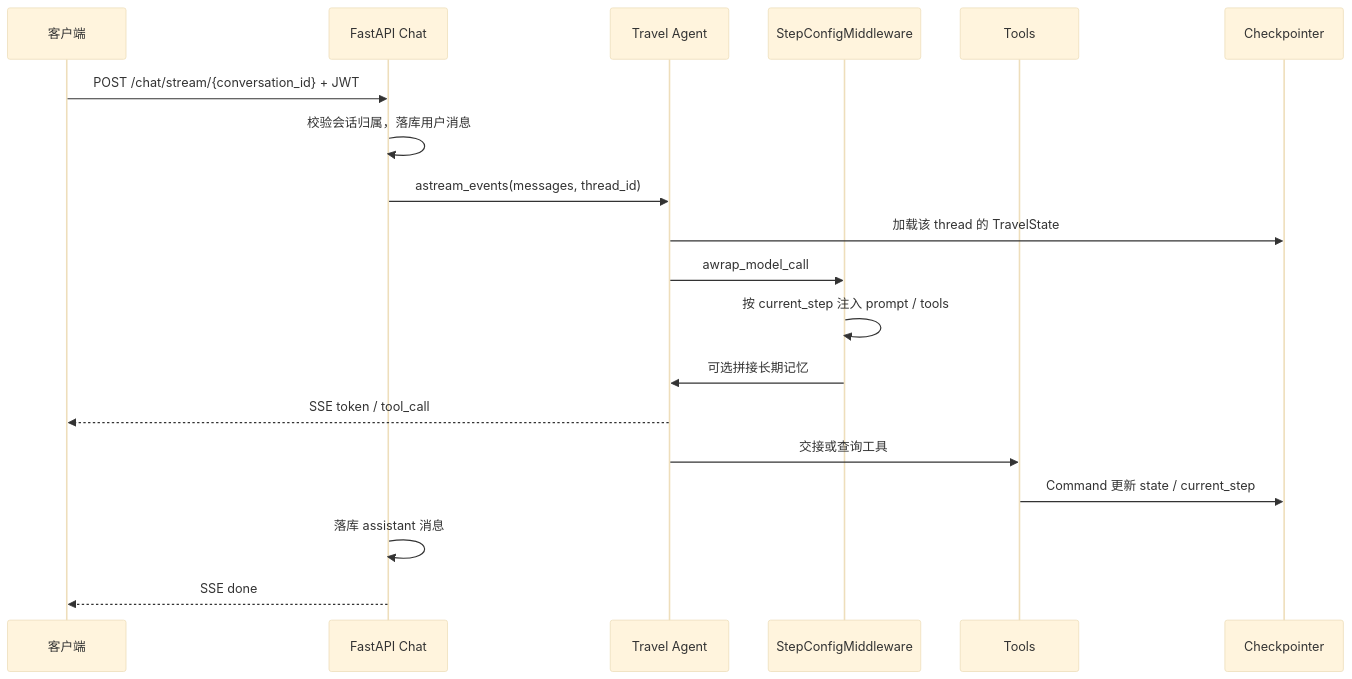
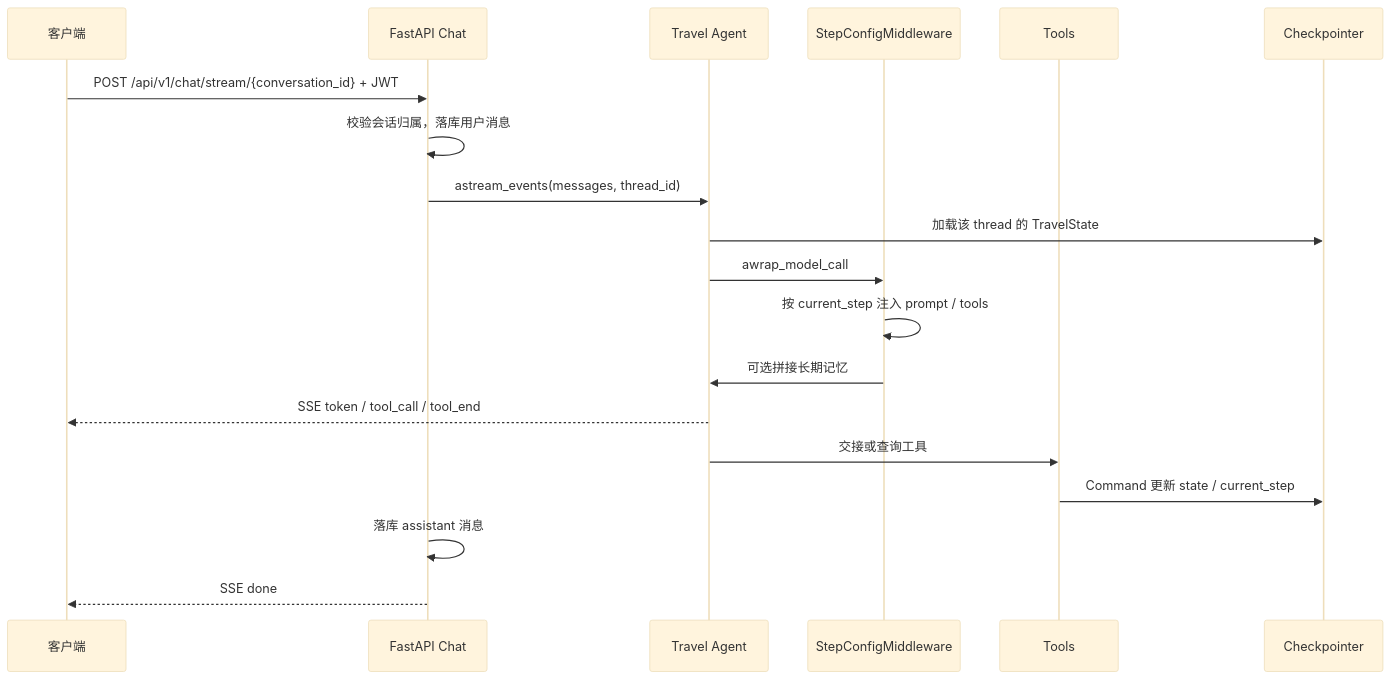
One commit to 1996ysh/travelAgent changed the first of 2 diagrams in README.md. Above: the diagram before and after it, drawn with Mermaid (base theme). The commit also changed other lines of this file, not shown here.

````diff
--- a/README.md
+++ b/README.md
@@ -43,22 +44,22 @@
 ```mermaid
 sequenceDiagram
   participant C as 客户端
   participant API as FastAPI Chat
   participant A as Travel Agent
   participant M as StepConfigMiddleware
   participant T as Tools
   participant CK as Checkpointer
 
-  C->>API: POST /chat/stream/{conversation_id} + JWT
+  C->>API: POST /api/v1/chat/stream/{conversation_id} + JWT
   API->>API: 校验会话归属，落库用户消息
   API->>A: astream_events(messages, thread_id)
   A->>CK: 加载该 thread 的 TravelState
   A->>M: awrap_model_call
   M->>M: 按 current_step 注入 prompt / tools
   M->>A: 可选拼接长期记忆
-  A-->>C: SSE token / tool_call
+  A-->>C: SSE token / tool_call / tool_end
   A->>T: 交接或查询工具
   T->>CK: Command 更新 state / current_step
   API->>API: 落库 assistant 消息
   API-->>C: SSE done
 ```
````
